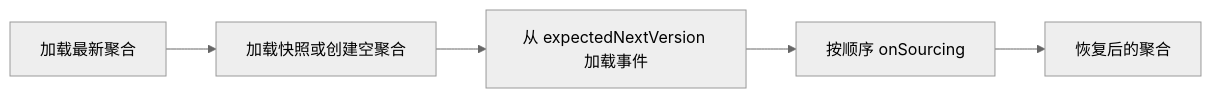
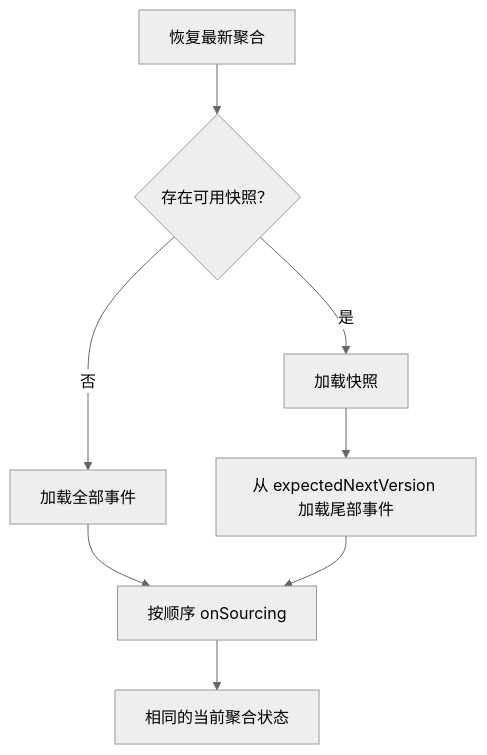
The diagram in documentation/docs/zh/guide/domain/snapshot.md (Ahoo-Wang/Wow), drawn with Mermaid (neutral theme) before and after one commit. The commit also changed 9 other files, not shown here.

Commit message:
docs: add domain model diagrams

````diff
--- a/documentation/docs/zh/guide/domain/snapshot.md
+++ b/documentation/docs/zh/guide/domain/snapshot.md
@@ -19,7 +19,10 @@
 ```mermaid
-flowchart LR
-    Load[加载最新聚合] --> Snapshot[加载快照或创建空聚合]
-    Snapshot --> Events[从 expectedNextVersion 加载事件]
-    Events --> Source[按顺序 onSourcing]
-    Source --> Ready[恢复后的聚合]
+flowchart TB
+    Target["恢复最新聚合"] --> Choice{"存在可用快照？"}
+    Choice -->|否| All["加载全部事件"]
+    Choice -->|是| Snapshot["加载快照"]
+    Snapshot --> Tail["从 expectedNextVersion 加载尾部事件"]
+    All --> Source["按顺序 onSourcing"]
+    Tail --> Source
+    Source --> Ready["相同的当前聚合状态"]
 ```
````
